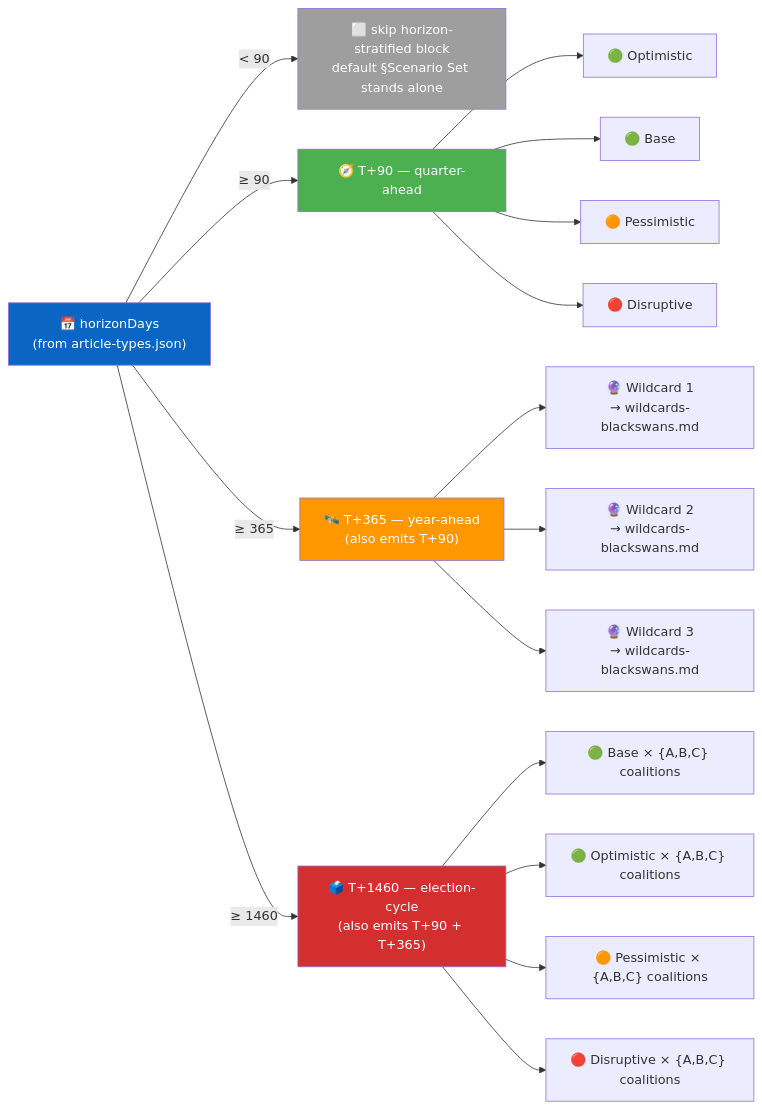
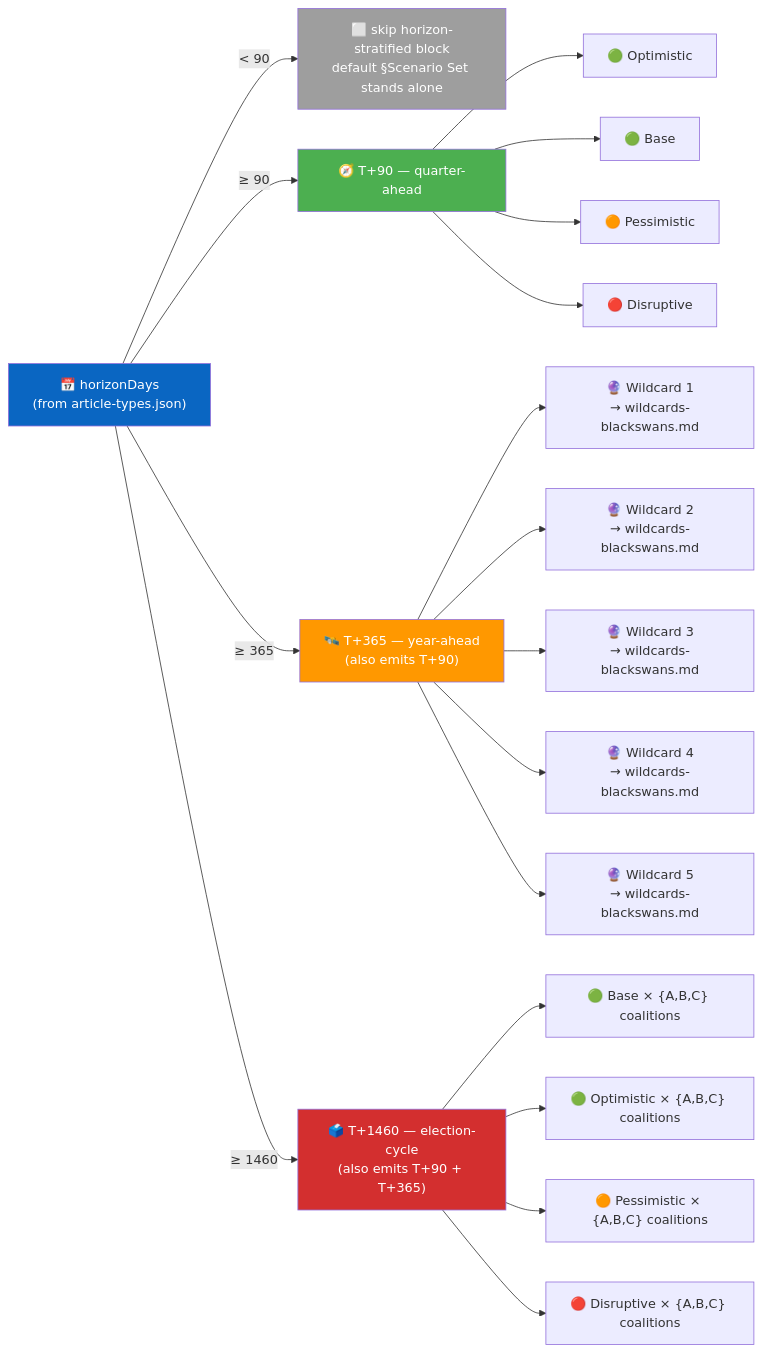
Before and after one commit to Hack23/riksdagsmonitor: the third of 3 diagrams in analysis/templates/scenario-analysis.md, drawn with Mermaid. The commit also changed other lines of this file, not shown here.

First line of the commit message:
Address review feedback: badge version, parent rows, A↔OPT mapping, 5 wildcards, LH-1 ref

````diff
--- a/analysis/templates/scenario-analysis.md
+++ b/analysis/templates/scenario-analysis.md
@@ -226,24 +232,26 @@
 ```mermaid
 graph LR
     R["📅 horizonDays<br/>(from article-types.json)"] -->|< 90| OFF["⬜ skip horizon-stratified block<br/>default §Scenario Set stands alone"]
     R -->|≥ 90| Q["🧭 T+90 — quarter-ahead"]
     R -->|≥ 365| Y["🛰️ T+365 — year-ahead<br/>(also emits T+90)"]
     R -->|≥ 1460| C["🗳️ T+1460 — election-cycle<br/>(also emits T+90 + T+365)"]
     Q --> QO["🟢 Optimistic"]
     Q --> QB["🟢 Base"]
     Q --> QP["🟠 Pessimistic"]
     Q --> QD["🔴 Disruptive"]
     Y --> YW1["🔮 Wildcard 1<br/>→ wildcards-blackswans.md"]
     Y --> YW2["🔮 Wildcard 2<br/>→ wildcards-blackswans.md"]
     Y --> YW3["🔮 Wildcard 3<br/>→ wildcards-blackswans.md"]
+    Y --> YW4["🔮 Wildcard 4<br/>→ wildcards-blackswans.md"]
+    Y --> YW5["🔮 Wildcard 5<br/>→ wildcards-blackswans.md"]
     C --> CB1["🟢 Base × {A,B,C} coalitions"]
     C --> CB2["🟢 Optimistic × {A,B,C} coalitions"]
     C --> CB3["🟠 Pessimistic × {A,B,C} coalitions"]
     C --> CB4["🔴 Disruptive × {A,B,C} coalitions"]
 
     style R fill:#0A66C2,color:#FFFFFF
     style OFF fill:#9E9E9E,color:#FFFFFF
     style Q fill:#4CAF50,color:#FFFFFF
     style Y fill:#FF9800,color:#FFFFFF
     style C fill:#D32F2F,color:#FFFFFF
 ```
````
